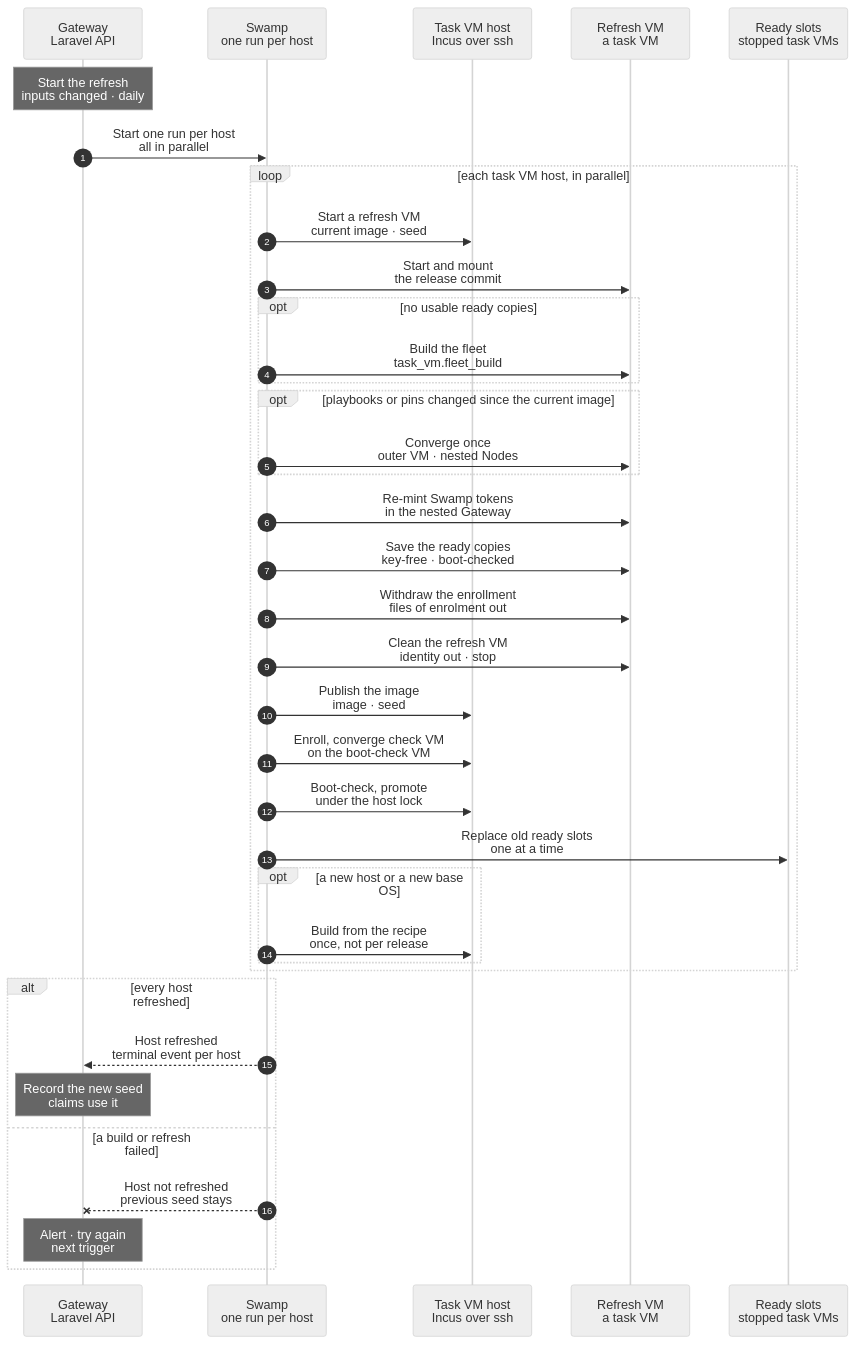
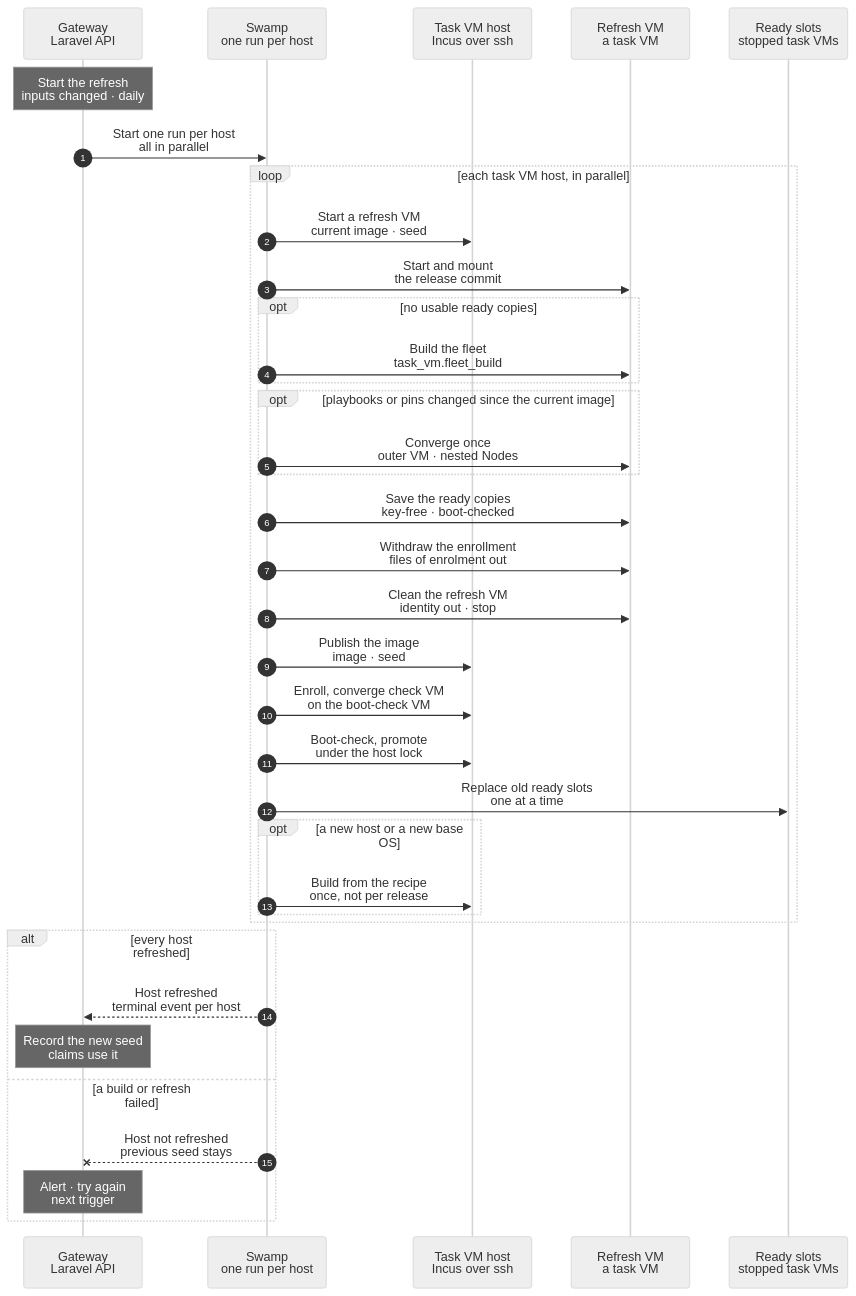
One commit to hardimpactdev/orbit changed the diagram in docs/reference/pipeline/6-task-image-seed-refresh.mmd. Above: the diagram before and after it, drawn with Mermaid (neutral theme). The commit also changed 12 other files, not shown here.

First line of the commit message:
Re-mint the nested Swamp tokens at every provision from ready copies

```diff
--- a/docs/reference/pipeline/6-task-image-seed-refresh.mmd
+++ b/docs/reference/pipeline/6-task-image-seed-refresh.mmd
@@ -1,134 +1,132 @@
 sequenceDiagram
   %% Target design: stage 6 of the command development pipeline (feature-flow section 7). After a release that changed playbooks, pins or lock files, and at least daily, every task VM host brings its current task image and topology seed up to the release, in parallel, and saves them as the new ones: no build from the recipe; ready slots built from the old image are replaced one at a time. Nothing is copied between hosts.
   %% status: draft
   %% command: development pipeline stage 6 · per-host task image and seed refresh
   %% kind: pipeline.6-task-image-seed-refresh
   autonumber
   %% lane GW icon=gateway pill=intent tone=blue
   %% lane SW icon=workflow pill=executes tone=green
   %% lane H icon=server pill=each host tone=amber
   %% lane VM icon=server pill=target tone=gray
   %% lane SL icon=server pill=pool tone=purple
   participant GW as Gateway<br/>Laravel API
   participant SW as Swamp<br/>one run per host
   participant H as Task VM host<br/>Incus over ssh
   participant VM as Refresh VM<br/>a task VM
   participant SL as Ready slots<br/>stopped task VMs
   Note over GW: Start the refresh<br/>inputs changed · daily
   %%> Triggers:
   %%> - a release that went live and passed its check (stage 5), only when it changed what the images carry: playbooks, pins or lock files; a code-only release needs no refresh, because a task mounts its own checkout
   %%> - a daily schedule, so a seed never gets older than a day: the Swamp tokens in the ready copies last 24 hours and a ready copy expires after 20
   %%> Built:
   %%> - both triggers: the release projection admits the run of every Linux task VM host when the release that went live changed playbooks, pins or lock files (a digest over `swamp/ansible`, the recipe folder and the lock files of the release it replaced and of the new one), and a daily Gateway schedule admits every host; an operator runs `php artisan task-vms:refresh-image HOST` or `task-vms:refresh-images`
   %%> - a host with a refresh open returns it, so the two triggers and a retry never start a second run; a host that refuses (an image build runs, no capacity) is skipped until the next trigger
   %%> Built (task_vm.image_refresh, workflow `operation-task-vm-image-refresh`):
   %%> - the run of one host, admitted like `tasks:prep`: a group of its own in the proof Project, placed on that host only, with the whole intent captured in the admission of provision; no step calls the Gateway
   %%> - a repeat admission for a host returns the open run
   %%> Hosts:
   %%> - Linux only: the task VM hosts beast and shark, with Incus
   %%> Requirements per host:
   %%> - an active task VM host with no refresh running and one free large slot for the refresh VM
   %%> - the Gateway has the release commit, GitHub App read access to the repository, and the proof Swamp Club key
   GW->>SW: Start one run per host<br/>all in parallel
   %%> Why:
   %%> - hosts differ in CPU, and a copy between hosts loses the storage sharing inside the seed; so each host refreshes its own
   %%> - a second admission for a host returns the open task
   loop each task VM host, in parallel
     SW->>H: Start a refresh VM<br/>current image · seed
     %%> What it does:
     %%> - starts a task VM from the host's current task image, with a clone of its current topology seed, as for any task
     %%> Built: the child `operation-task-provision`, which does this step and the next; the VM starts from the image the host promoted last, whatever its recipe or age
     %%> Decided by the orchestrator, for Nick's review:
     %%> - the refresh VM keeps the root disk of the host's base VM (20 GiB), not the larger disk of a topology VM, because a published image is as large as its VM's root disk and no VM can be smaller than its image; the first smoke of a 40 GiB image failed on it
     SW->>VM: Start and mount<br/>the release commit
     %%> What it does:
     %%> - checks out the release commit in the refresh VM, with `composer install` and `bun install` where a lock file changed
     %%> - starts the nested fleet from the current ready copies, mounts that checkout over NFS and runs the apply step, as in stage 2
     %%> Built: all of it is the child `task-nested-fleet` of `operation-task-provision` (the mount and apply, the readiness check with Doctor, and the `base` snapshot), so the refresh saves ready copies only from a fleet that passed its readiness check
     opt no usable ready copies
       SW->>VM: Build the fleet<br/>task_vm.fleet_build
       %%> Decided by the orchestrator, for Nick's review:
       %%> - the first refresh of a host whose seed holds no ready copies calls the nested fleet build as a child (chart `docs/cli/tasks/vm-fleet-build.mmd`), which ends by saving ready copies; the refresh then goes on
       %%> Not built: the child is wired when `task_vm.fleet_build` lands
       %%> Decided by the orchestrator, for Nick's review:
       %%> - until then a seed without usable ready copies is refreshed without them: the provision child records `nested_fleet: none`, the run skips the save of ready copies, and the result says `ready_copies: false`; the image still converges to the release and is promoted, and the seed is the copy of the old one
     end
     opt playbooks or pins changed since the current image
       SW->>VM: Converge once<br/>outer VM · nested Nodes
       %%> What it does:
       %%> - image playbooks on the outer VM; role playbooks and pins on the nested Nodes, through the nested Orbit's `node:converge`
       %%> - the same step as in the proof CI (stage 4)
     %%> Decided by the orchestrator, for Nick's review:
     %%> - the run always converges: a VM at the pins reports no change in about a minute, so the Gateway needs no check of what changed; the `opt` stays as the chart of the intent
     %%> Built: the outer VM, as the converge of the provision (`Converge once` of stage 2), which this run reuses instead of a step of its own; the nested Nodes (the nested Orbit's `node:converge` over the NFS mount) are the last piece, with the NFS child of stage 2
     end
-    SW->>VM: Re-mint Swamp tokens<br/>in the nested Gateway
-    %%> Decided by the orchestrator, for Nick's review:
-    %%> - an SSH step into the nested Gateway that runs the product command the fleet build uses to mint its Swamp serve and worker tokens; it is the last piece to wire, because that command does not exist yet
-    %%> Why:
-    %%> - the tokens of the ready copies last 24 hours, so every refresh starts them fresh
     SW->>VM: Save the ready copies<br/>key-free · boot-checked
+    %%> Decided by the orchestrator, for Nick's review (2026-11-06):
+    %%> - the refresh has no token step: every provision that starts a fleet renews the Swamp tokens of the nested Gateway (stage 2), so the age of the copies does not matter
+    %%> - the copies carry format 3: the control plan the renewal reads is on the nested Gateway; copies of an older format are not used
     %%> Built: the child `operation-task-vm-ready-copies`, the kind `task_vm.ready_copies`, on the refresh VM
     SW->>VM: Withdraw the enrollment<br/>files of enrolment out
     %%> Decided by the orchestrator, for Nick's review:
     %%> - a step of the refresh before the clean removes what the enrollment installed (the sudoers file `/etc/sudoers.d/orbit`, `authorized_keys2`, the observer binary and unit): an image that holds them makes the enrollment of the next VM fail with `install: No such file or directory`, which the first promoted image on shark did; the smoke is followed by a check that none of them is in the image
     SW->>VM: Clean the refresh VM<br/>identity out · stop
     %%> Decided by the orchestrator, for Nick's review:
     %%> - one explicit clean step before the publication, the workflow `task-vm-image-clean`; the image build's `Clean and stop` calls the same workflow for its builder (`enrolled: false`), so there is one clean step and not two
     %%> - it removes the nested guests and network, the WireGuard key, the observer identity and secret, the Pi token, the model key, the Club key and the checkout, resets the firewall (enrollment denies SSH except from Node 209 over the VPN, so the first smoke could not reach its VM), cloud-init, the machine-id and the SSH host keys, trims the disk and stops the VM
     SW->>H: Publish the image<br/>image · seed
     %%> What it does:
     %%> - stops the nested VMs and copies them into a clone of the seed as the new ready copies, key-free: the proof Club key is deleted, every file is scanned for it, and freed blocks are trimmed
     %%> Proposed 2026-11-05:
     %%> - each ready copy is self-contained: its `.env`, storage, `bootstrap/cache` and database stay on its own disk; it holds no checkout, because every task VM mounts its own
     %%> - stores the nested network with the copies: the subnet, and each Node's NIC MAC and address
     %%> - removes the refresh VM's WireGuard key from the operator Node record, so a new task VM joins with its own key (stage 2)
     %%> - publishes the outer VM as the new task image
     SW->>H: Enroll, converge check VM<br/>on the boot-check VM
     %%> Decided by the orchestrator, for Nick's review:
     %%> - a release can trigger a refresh with nobody watching, and a refresh starts from the image the host serves, so one bad image would reach every later provision; the candidate is therefore enrolled and converged before it is promoted
     %%> - on the throwaway VM of the boot check, after its check phase, the run enrolls the guest with the same bootstrap steps as an enrollment (account, key, sudoers file, observer install and verify), then converges it to the pins with the phases `software`, `tools` and `check`
     %%> - the bootstrap steps are one child workflow, `task-vm-bootstrap`, which `task-vm-enrollment` calls too, so the check and a real enrollment cannot drift apart
     %%> - the promotion waits for both steps; a candidate that cannot be enrolled or converged promotes nothing
     %%> Built: the steps `Enroll the check VM` (the child `task-vm-bootstrap`, which `task-vm-enrollment` calls too) and `Converge the check VM` (the child `task-vm-image-ansible`, phases `software`, `tools` and `check`), after the identity check and before the seed copy
     %%> Not covered:
     %%> - the WireGuard peer, the observer start and the nested fleet: they need a Gateway-admitted Node, so the next provision is their check
     SW->>H: Boot-check, promote<br/>under the host lock
     %%> Built: the smoke is the child `task-vm-image-smoke` and the alias move is the child `task-vm-image-promote`, the same children as the image build
     %%> Decided by the orchestrator, for Nick's review:
     %%> - the new image has a new fingerprint, and a seed is named from its image, so the new seed is a copy of the refresh VM's seed disk under the new name (`zfs promote` after the copy, so refreshes form no clone chain); the old image and the old seed stay under their own names, and the old image keeps the alias `-previous`, which is the rollback copy
     %%> - the Gateway records the new image as the host's latest promoted build when the run ends, then cancels the group of the run, which destroys the refresh VM
     %%> What it does:
     %%> - boots a throwaway copy of each ready copy and of the image to check them, then promotes both and destroys the refresh VM
     %%> - keeps the old image and seed as `-previous`, the rollback copy; cleanup always runs
     %%> - a failed step keeps the old image and seed: the clean, and with it the publication and the promotion, run only after the VM step passed, so a VM whose fleet failed its readiness check promotes nothing
     %%> Not built:
     %%> - the whole refresh from a running task VM; today the seed refresh boots a builder from the image and has no topology build or ready copies (the old reset was removed), and the image is built from the recipe
     SW->>SL: Replace old ready slots<br/>one at a time
     %%> Target, not built:
     %%> - destroys a ready slot made from the old image, enrols a new one from the new image, then takes the next
     %%> - a slot is always ready; a slot in use keeps running on its own clone
     %%> - when the image did not change, nothing is replaced
     opt a new host or a new base OS
       SW->>H: Build from the recipe<br/>once, not per release
       %%> What it does:
       %%> - builds the task image from the stock image with the recipe phases (`task_vm.image_build`) and the first seed (`task_vm.seed_refresh`)
       %%> - every later release only brings these up to date
     end
   end
   alt every host refreshed
     SW-->>GW: Host refreshed<br/>terminal event per host
     %%> What it does:
     %%> - each host reports its own result; one slow host does not hold the others
     Note over GW: Record the new seed<br/>claims use it
     %%> Result:
     %%> - the next task VM and the next proof start from the new seed, which holds the running release
     %%> - no fleet test follows; the seed is checked only by its own throwaway boot
   else a build or refresh failed
     SW--xGW: Host not refreshed<br/>previous seed stays
     %%> On failure:
     %%> - the failed step is named; the host keeps the image and seed it had, and the next trigger tries again
     Note over GW: Alert · try again<br/>next trigger
     %%> Result:
     %%> - the host keeps the image and seed it had; the other hosts are not affected
   end
```
